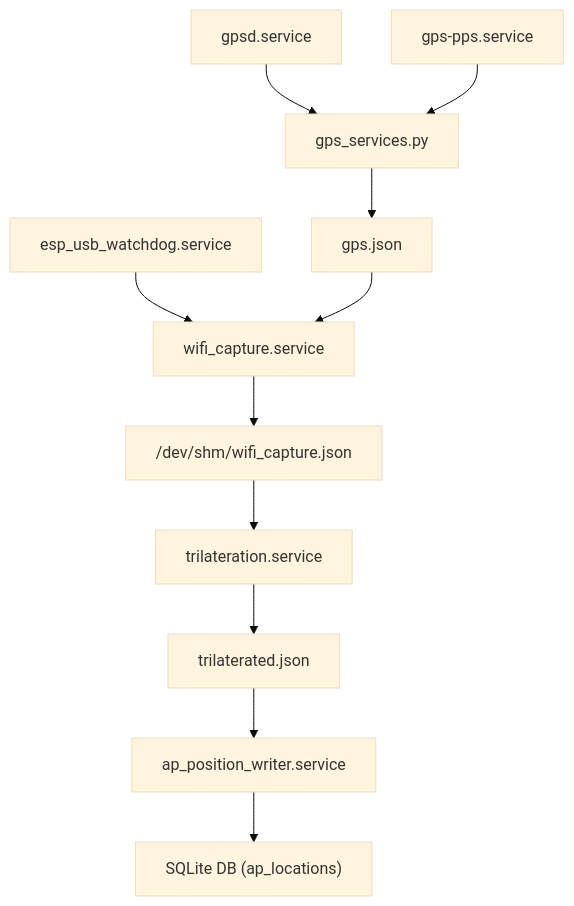
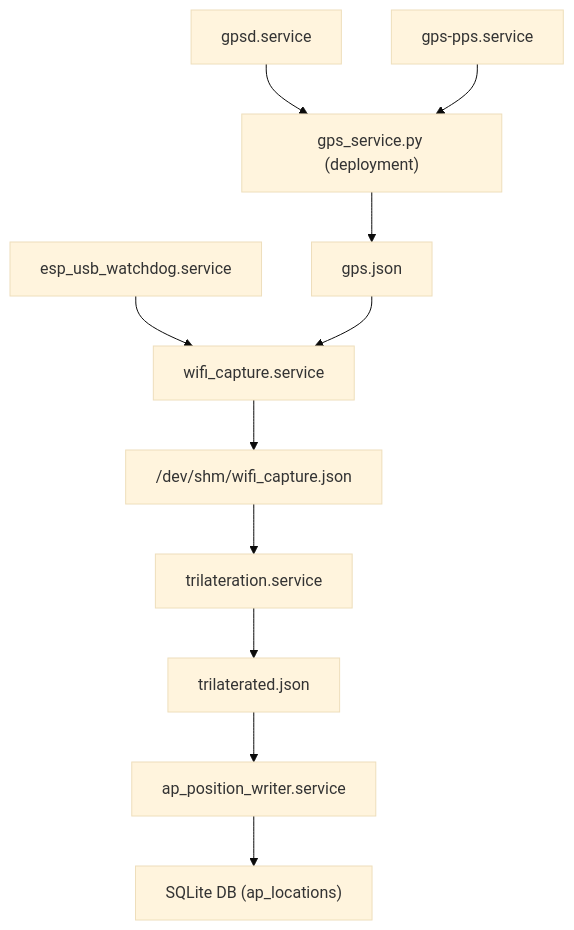
The diagram in gps.md (sbejarano/WiFi_Promiscuous), drawn with Mermaid (base theme) before and after one commit. The commit also changed 1 other file, not shown here.

Commit message:
docs: align deployment docs with observed Pi runtime layout

````diff
--- a/gps.md
+++ b/gps.md
@@ -1,31 +1,31 @@
 ```mermaid
 flowchart TD
     gpsd["gpsd.service"]
     pps["gps-pps.service"]
-    gpssvc["gps_services.py"]
+    gpssvc["gps_service.py (deployment)"]
     gpsjson["gps.json"]
 
     espwd["esp_usb_watchdog.service"]
     wificap["wifi_capture.service"]
     capjson["/dev/shm/wifi_capture.json"]
 
     trilat["trilateration.service"]
     triljson["trilaterated.json"]
 
     apwriter["ap_position_writer.service"]
     db["SQLite DB (ap_locations)"]
 
     gpsd --> gpssvc
     pps --> gpssvc
     gpssvc --> gpsjson
 
     espwd --> wificap
     gpsjson --> wificap
     wificap --> capjson
 
     capjson --> trilat
     trilat --> triljson
 
     triljson --> apwriter
     apwriter --> db
 ```
````
